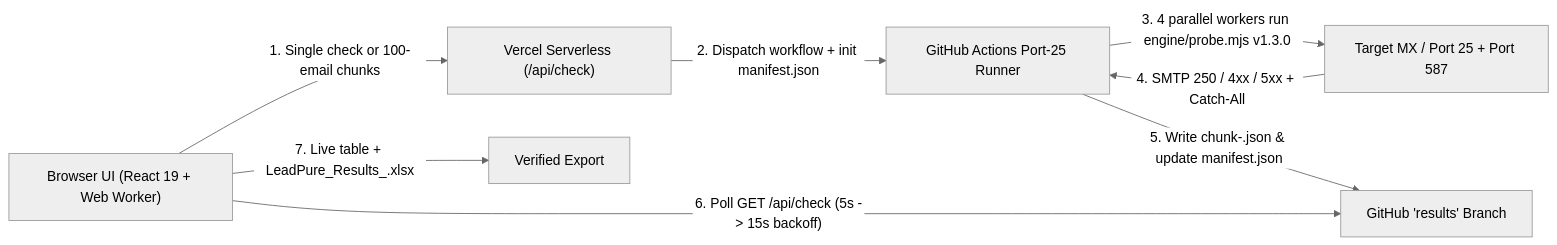
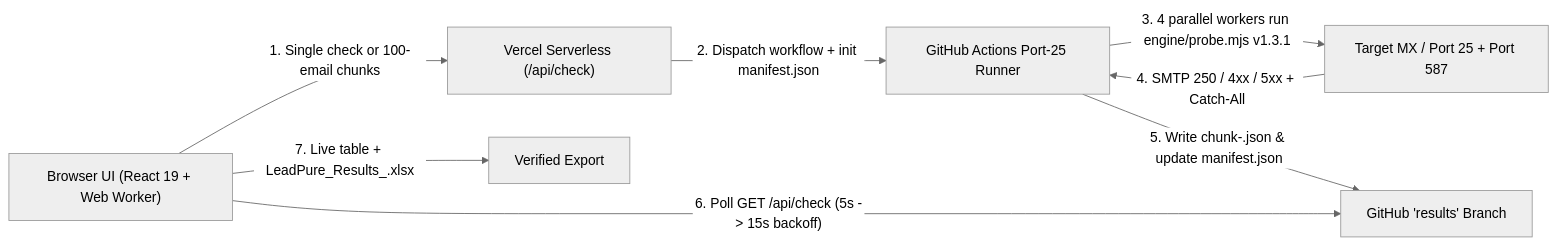
Before and after one commit to ossamamehmood/LeadPure-AI: the diagram in README.md, drawn with Mermaid (neutral theme). The commit also changed other lines of this file and 7 other files, not shown here.

Commit message:
engine(v1.3.1): treat non-5.1.x SMTP 5xx policy rejections as UNKNOWN instead of false INVALID

````diff
--- a/README.md
+++ b/README.md
@@ -46,10 +46,10 @@
 ```mermaid
 flowchart LR
     U["Browser UI (React 19 + Web Worker)"] -->|"1. Single check or 100-email chunks"| API["Vercel Serverless (/api/check)"]
     API -->|"2. Dispatch workflow + init manifest.json"| GHA["GitHub Actions Port-25 Runner"]
-    GHA -->|"3. 4 parallel workers run engine/probe.mjs v1.3.0"| SMTP["Target MX / Port 25 + Port 587"]
+    GHA -->|"3. 4 parallel workers run engine/probe.mjs v1.3.1"| SMTP["Target MX / Port 25 + Port 587"]
     SMTP -->|"4. SMTP 250 / 4xx / 5xx + Catch-All"| GHA
     GHA -->|"5. Write chunk-<n>.json & update manifest.json"| RES["GitHub 'results' Branch"]
     U -->|"6. Poll GET /api/check (5s -> 15s backoff)"| RES
     U -->|"7. Live table + LeadPure_Results_<date>.xlsx"| OUT["Verified Export"]
 ```
````
